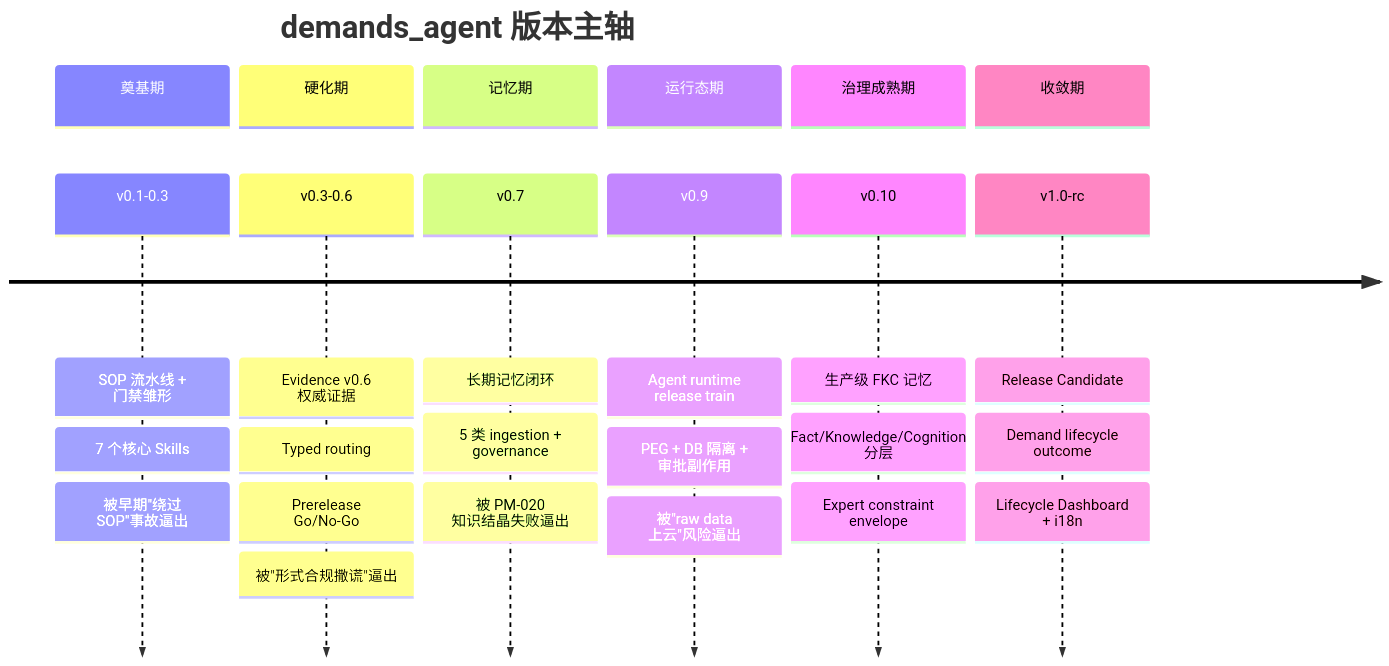
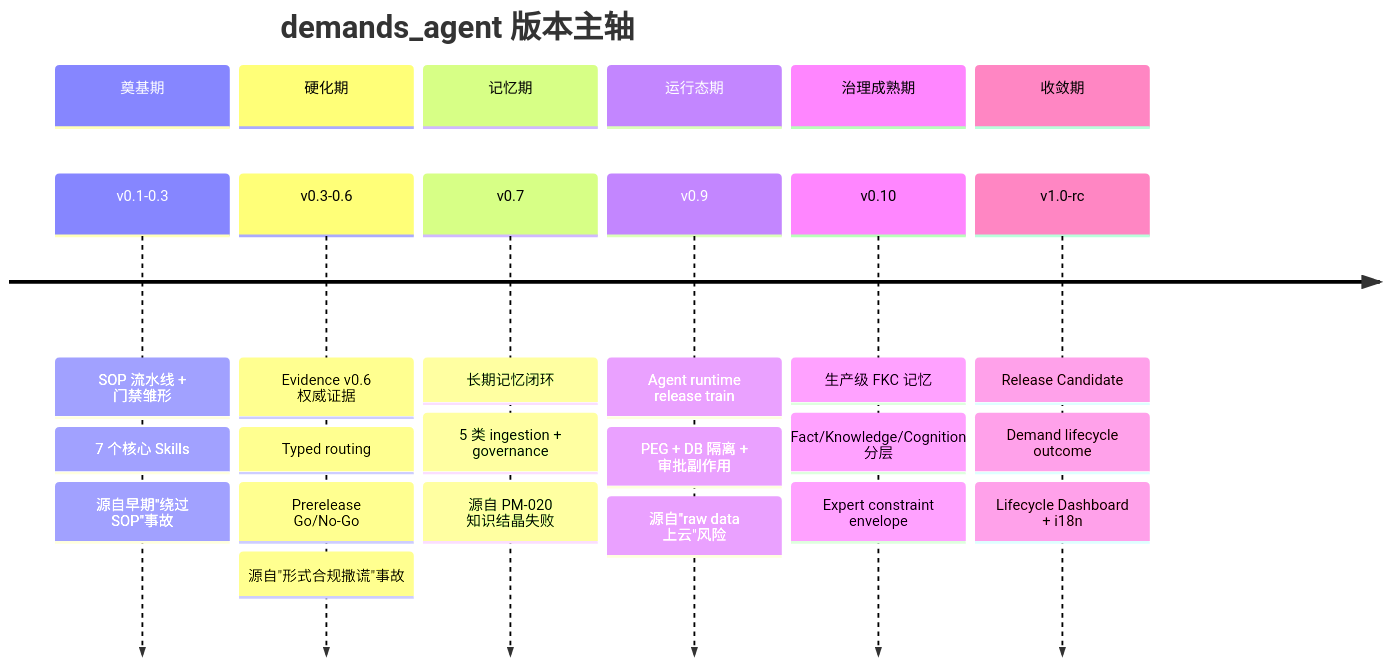
The first of 2 diagrams in src/05-演进史.md (fisherever/agent-case-study), drawn with Mermaid before and after one commit. The commit also changed other lines of this file and 13 other files, not shown here.

````diff
--- a/src/05-演进史.md
+++ b/src/05-演进史.md
@@ -10,29 +10,29 @@
 ```mermaid
 timeline
     title demands_agent 版本主轴
     section 奠基期
         v0.1-0.3 : SOP 流水线 + 门禁雏形
                  : 7 个核心 Skills
-                 : 被早期"绕过 SOP"事故逼出
+                 : 源自早期"绕过 SOP"事故
     section 硬化期
         v0.3-0.6 : Evidence v0.6 权威证据
                  : Typed routing
                  : Prerelease Go/No-Go
-                 : 被"形式合规撒谎"逼出
+                 : 源自"形式合规撒谎"事故
     section 记忆期
         v0.7     : 长期记忆闭环
                  : 5 类 ingestion + governance
-                 : 被 PM-020 知识结晶失败逼出
+                 : 源自 PM-020 知识结晶失败
     section 运行态期
         v0.9     : Agent runtime release train
                  : PEG + DB 隔离 + 审批副作用
-                 : 被"raw data 上云"风险逼出
+                 : 源自"raw data 上云"风险
     section 治理成熟期
         v0.10    : 生产级 FKC 记忆
                  : Fact/Knowledge/Cognition 分层
                  : Expert constraint envelope
     section 收敛期
         v1.0-rc  : Release Candidate
                  : Demand lifecycle outcome
                  : Lifecycle Dashboard + i18n
 ```
````
